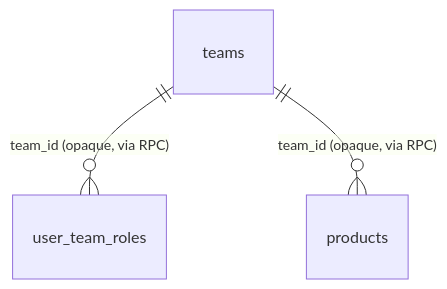
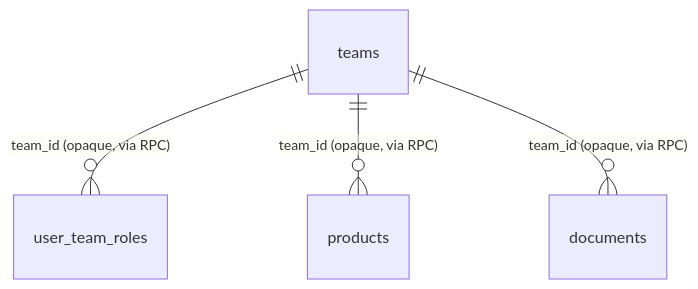
Before and after one commit to pdcgo/warehouse_revamp: the sixth of 6 diagrams in docs/database-schema.md, drawn with Mermaid. The commit also changed other lines of this file and 26 other files, not shown here.

````diff
--- a/docs/database-schema.md
+++ b/docs/database-schema.md
@@ -150,5 +179,6 @@
 ```mermaid
 erDiagram
     teams ||--o{ user_team_roles : "team_id (opaque, via RPC)"
     teams ||--o{ products : "team_id (opaque, via RPC)"
+    teams ||--o{ documents : "team_id (opaque, via RPC)"
 ```
````
